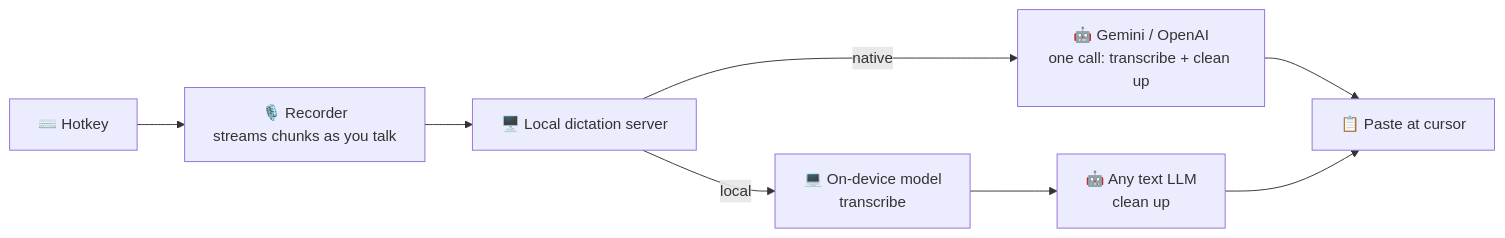
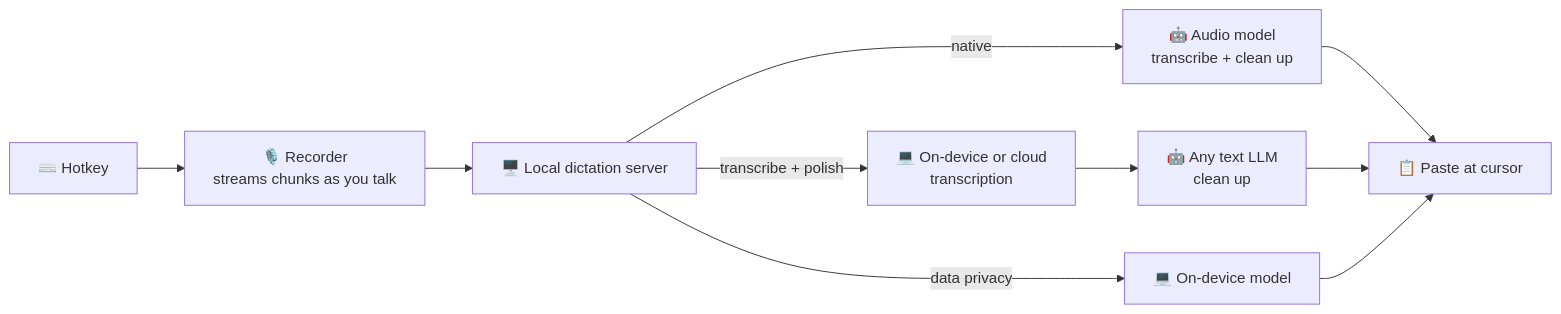
The diagram in README.md (GavinMo1/speakmore), drawn with Mermaid before and after one commit. The commit also changed other lines of this file and 12 other files, not shown here.

First line of the commit message:
README 的图放到图片桶：readme-media.mjs 给真窗口截图加 Mac 窗口外框、画下载速度对比和厂商标志墙；upload-media.mjs 加 --prefix、--manifest，README 的图传到 readme/ 下、清单记在 docs/media.json

````diff
--- a/README.md
+++ b/README.md
@@ -106,10 +296,12 @@
 ```mermaid
 flowchart LR
   A["⌨️ Hotkey"] --> B["🎙️ Recorder<br/>streams chunks as you talk"]
   B --> C["🖥️ Local dictation server"]
-  C -- native --> D["🤖 Gemini / OpenAI<br/>one call: transcribe + clean up"]
-  C -- local --> L["💻 On-device model<br/>transcribe"]
+  C -- native --> D["🤖 Audio model<br/>transcribe + clean up"]
+  C -- transcribe + polish --> L["💻 On-device or cloud<br/>transcription"]
   L --> P["🤖 Any text LLM<br/>clean up"]
+  C -- data privacy --> Q["💻 On-device model"]
   D --> E["📋 Paste at cursor"]
   P --> E
+  Q --> E
 ```
````
